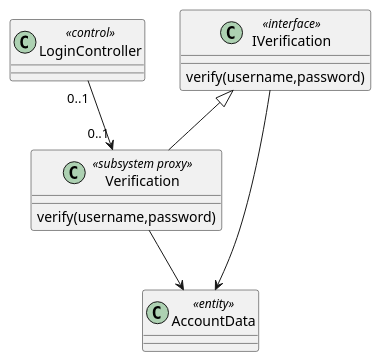
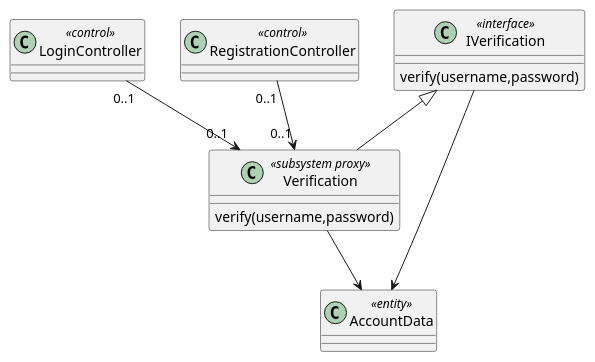
One commit to McSinyx/ipppi changed the diagram in source/solution/design-elements.rst. Above: the diagram before and after it, drawn with PlantUML. The commit also changed other lines of this file, not shown here.

```diff
--- a/source/solution/design-elements.rst
+++ b/source/solution/design-elements.rst
@@ -10,18 +10,21 @@
 .. uml::
 
-  class LoginController<<control>>
+  class LoginController <<control>>
+  
+  class RegistrationController <<control>>
     
-  class IVerification<<interface>>
+  class IVerification <<interface>>
   {
   verify(username,password)
   }
     
-  class Verification<<subsystem proxy>> extends IVerification {
+  class Verification <<subsystem proxy>> extends IVerification {
   verify(username,password)
   }
   
   class AccountData <<entity>>
     
   LoginController "0..1" --> "0..1" Verification
+  RegistrationController "0..1" --> "0..1" Verification
   IVerification --> AccountData
   Verification --> AccountData
```
